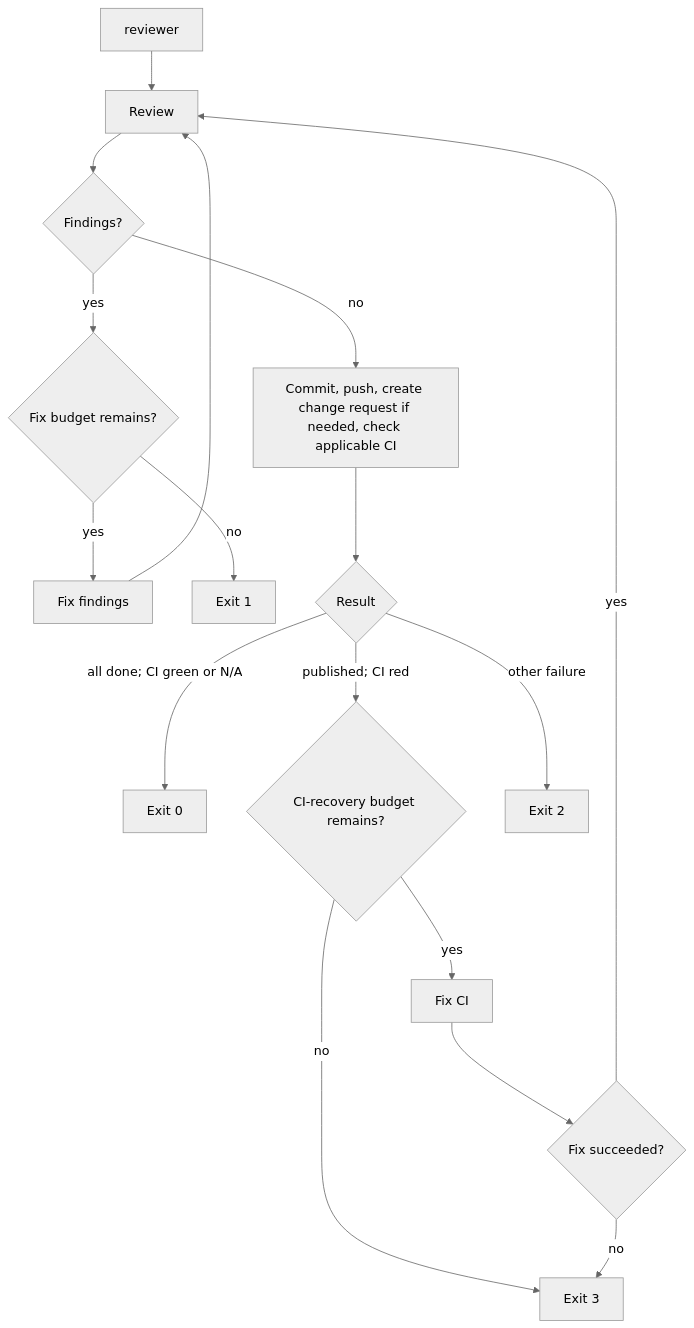
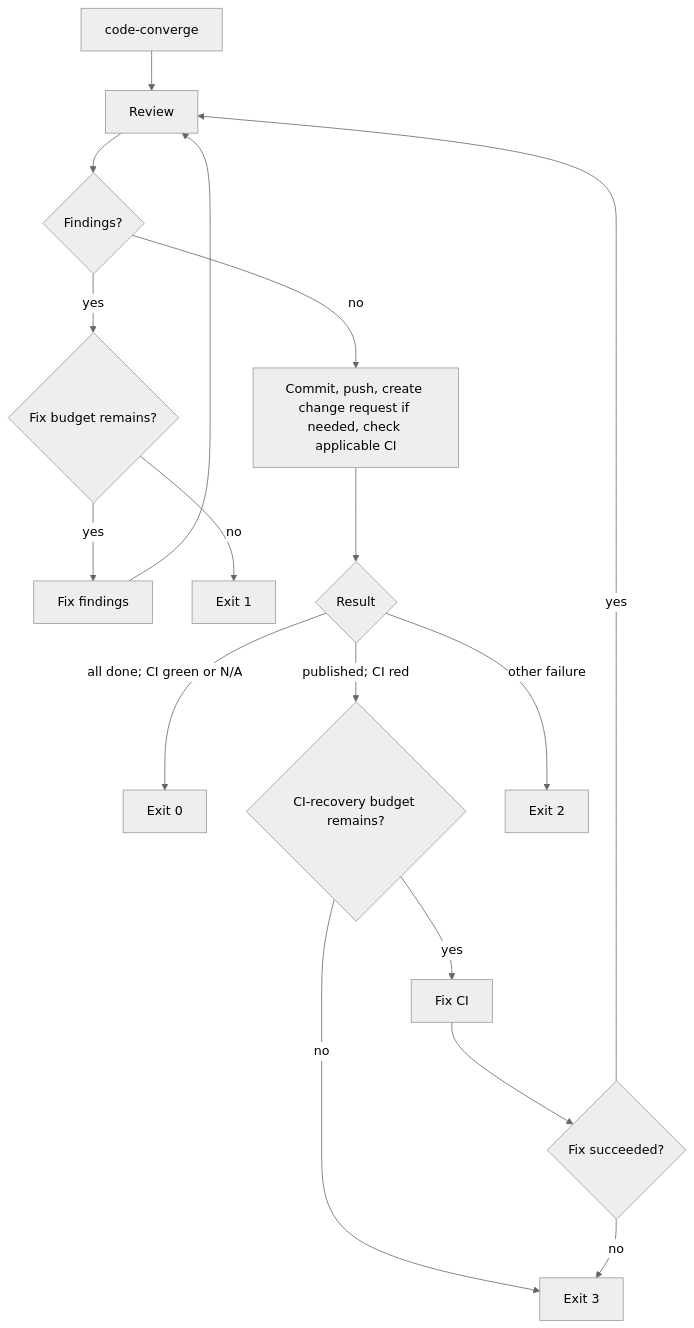
Before and after one commit to dapi/code-converge: the diagram in README.md, drawn with Mermaid (neutral theme). The commit also changed other lines of this file and 77 other files, not shown here.

Commit message:
Rename project to code-converge

````diff
--- a/README.md
+++ b/README.md
@@ -9,19 +9,19 @@
 ```mermaid
 flowchart TD
-    A["reviewer"] --> B[Review]
+    A["code-converge"] --> B[Review]
     B --> C{Findings?}
     C -- yes --> E{Fix budget remains?}
     E -- yes --> D[Fix findings]
     E -- no --> X1[Exit 1]
     D --> B
     C -- no --> F[Commit, push, create change request if needed, check applicable CI]
     F --> G{Result}
     G -- all done; CI green or N/A --> X0[Exit 0]
     G -- published; CI red --> J{CI-recovery budget remains?}
     J -- yes --> H[Fix CI]
     J -- no --> X3[Exit 3]
     H --> I{Fix succeeded?}
     I -- yes --> B
     I -- no --> X3[Exit 3]
     G -- other failure --> X2[Exit 2]
 ```
````
